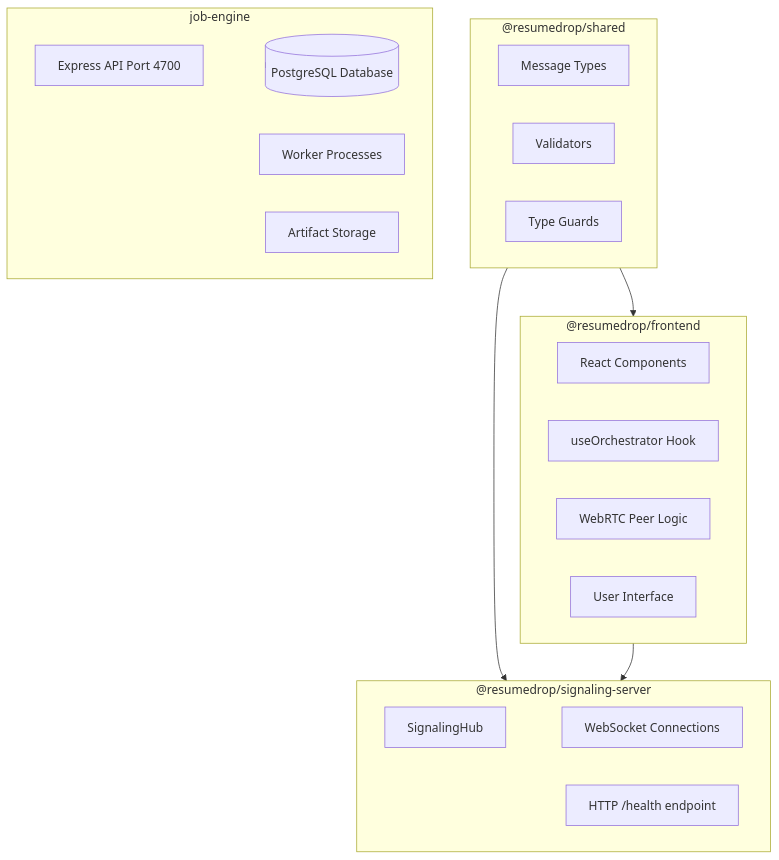
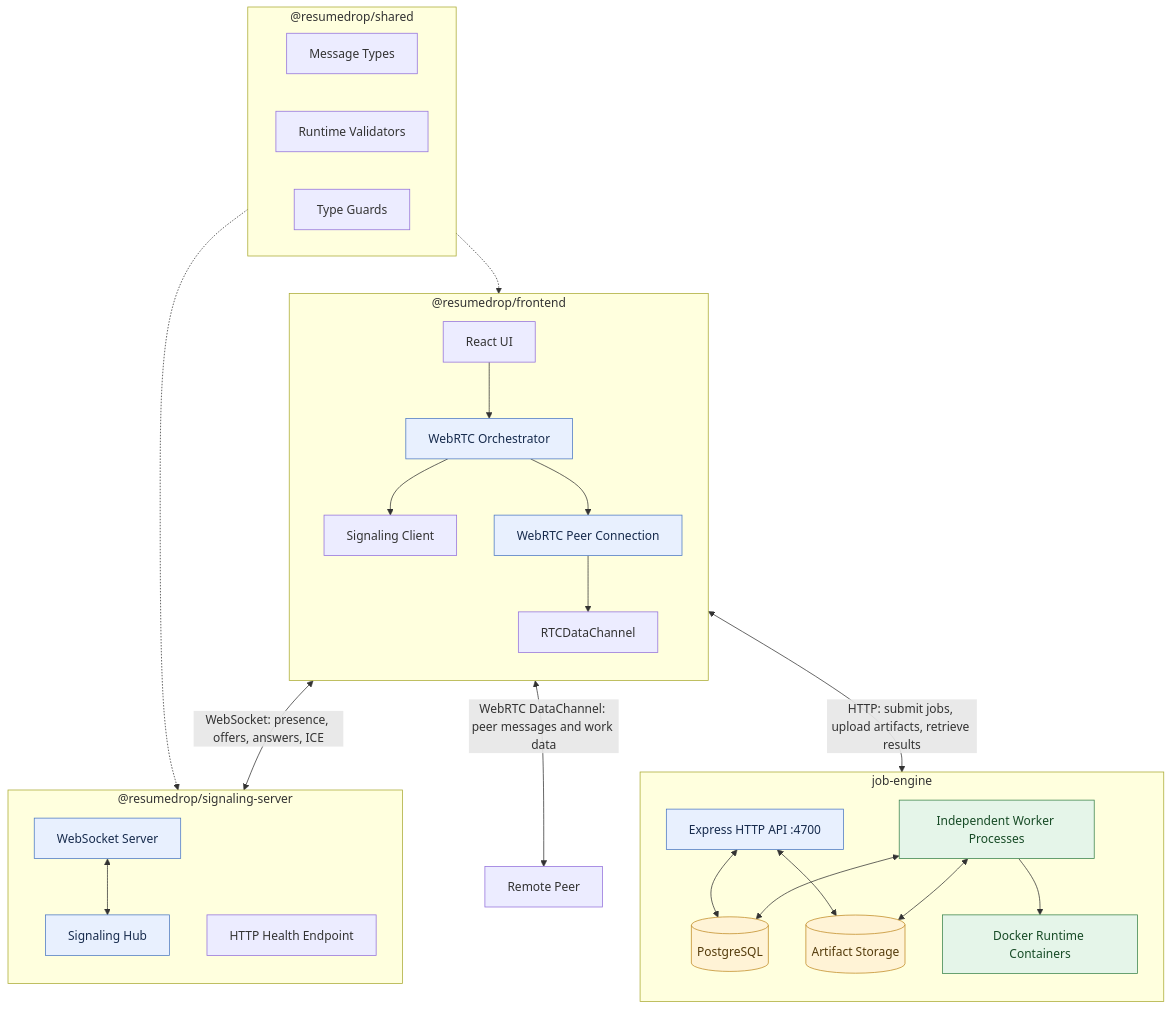
The diagram in README.md (Smitbafna/durable-job-execution), drawn with Mermaid before and after one commit. The commit also changed other lines of this file, not shown here.

````diff
--- a/README.md
+++ b/README.md
@@ -9,38 +9,70 @@
 ```mermaid
 flowchart TD
     subgraph Shared["@resumedrop/shared"]
         direction LR
-        MS[Message Types] 
-        VA[Validators]
-        TG[Type Guards]
-    end
-
-    subgraph SignalingServer["@resumedrop/signaling-server"]
-        direction LR
-        SH[SignalingHub] 
-        WS[WebSocket Connections]
-        HR[HTTP /health endpoint]
+        MSG[Message Types]
+        VAL[Runtime Validators]
+        TYPES[Type Guards]
     end
 
     subgraph Frontend["@resumedrop/frontend"]
-        direction LR
-        RC[React Components] 
-        OR[useOrchestrator Hook]
-        PE[WebRTC Peer Logic]
-        UI[User Interface]
+        direction TB
+        UI[React UI]
+        ORCH[WebRTC Orchestrator]
+        SC[Signaling Client]
+        PEER[WebRTC Peer Connection]
+        DC[RTCDataChannel]
+
+        UI --> ORCH
+        ORCH --> SC
+        ORCH --> PEER
+        PEER --> DC
+    end
+
+    subgraph Signaling["@resumedrop/signaling-server"]
+        direction TB
+        WS[WebSocket Server]
+        HUB[Signaling Hub]
+        HEALTH[HTTP Health Endpoint]
+
+        WS <--> HUB
     end
 
     subgraph JobEngine["job-engine"]
-        direction LR
-        API[Express API Port 4700]
-        DB[(PostgreSQL Database)]
-        WR[Worker Processes]
-        AR[Artifact Storage]
+        direction TB
+        API[Express HTTP API :4700]
+        DB[(PostgreSQL)]
+        STORAGE[(Artifact Storage)]
+        WORKERS[Independent Worker Processes]
+        DOCKER[Docker Runtime Containers]
+
+        API <--> DB
+        API <--> STORAGE
+
+        WORKERS <--> DB
+        WORKERS <--> STORAGE
+        WORKERS --> DOCKER
     end
 
-    Shared --> SignalingServer
-    Shared --> Frontend
-    SignalingServer --> WS
-    Frontend --> SignalingServer
-    JobEngine --> DB
+    %% Shared package dependencies
+    Shared -.-> Frontend
+    Shared -.-> Signaling
+
+    %% Frontend signaling connection
+    SC <-->|WebSocket: presence, offers, answers, ICE| WS
+
+    %% Direct peer-to-peer communication
+    DC <-->|WebRTC DataChannel: peer messages and work data| REMOTE[Remote Peer]
+
+    %% Frontend to job execution backend
+    UI <-->|HTTP: submit jobs, upload artifacts, retrieve results| API
+
+    %% Styling relationships
+    classDef service fill:#e8f0fe,stroke:#4b78c2,color:#172b4d
+    classDef storage fill:#fff3d6,stroke:#c18b25,color:#543b0b
+    classDef runtime fill:#e5f5e9,stroke:#39834a,color:#174b26
+
+    class API,WS,HUB,ORCH,PEER service
+    class DB,STORAGE storage
+    class DOCKER,WORKERS runtime
 ```
````
